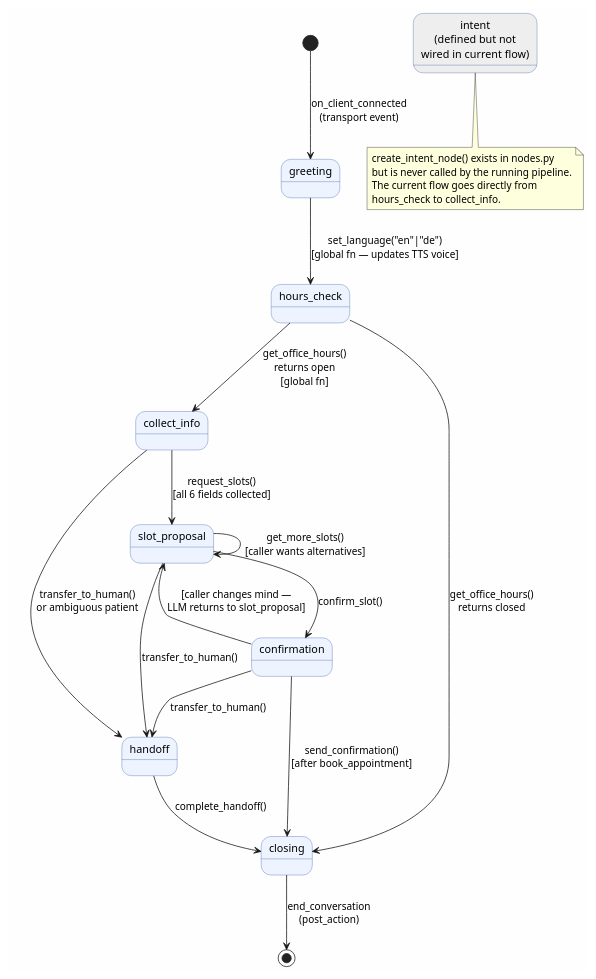
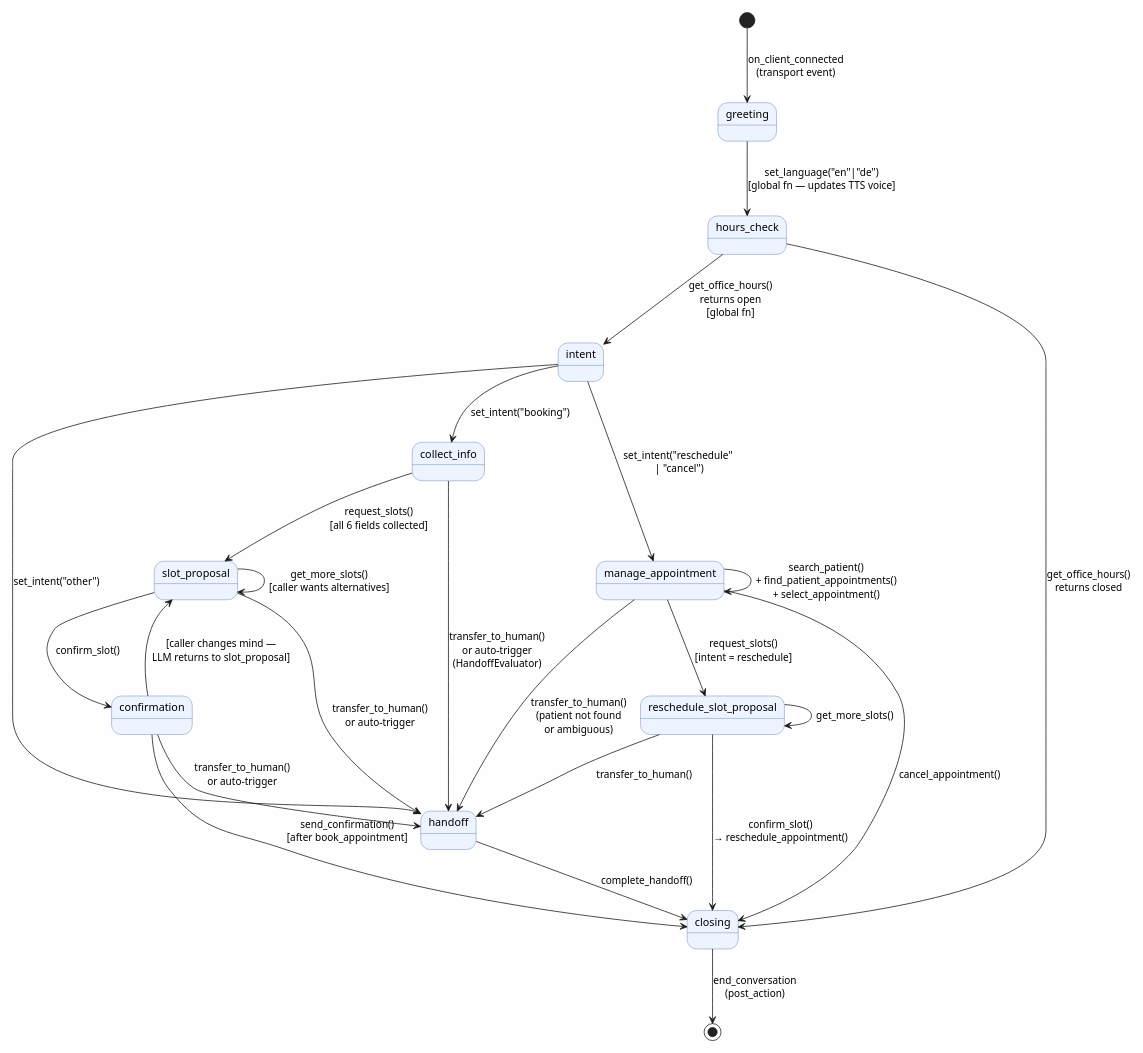
The third of 8 diagrams in docs/architecture.adoc (pweig/agent-receptionist), drawn with PlantUML before and after one commit. The commit also changed other lines of this file and 22 other files, not shown here.

```diff
--- a/docs/architecture.adoc
+++ b/docs/architecture.adoc
@@ -131,40 +133,44 @@
 [plantuml,state-machine,svg]
 ....
 @startuml
 skinparam backgroundColor #FEFEFE
 skinparam StateBackgroundColor #EEF4FF
 skinparam StateBorderColor #4466AA
 
 [*] --> greeting : on_client_connected\n(transport event)
 
 greeting --> hours_check : set_language("en"|"de")\n[global fn — updates TTS voice]
 
-hours_check --> collect_info : get_office_hours()\nreturns open\n[global fn]
+hours_check --> intent : get_office_hours()\nreturns open\n[global fn]
 hours_check --> closing : get_office_hours()\nreturns closed
 
+intent --> collect_info : set_intent("booking")
+intent --> manage_appointment : set_intent("reschedule"\n | "cancel")
+intent --> handoff : set_intent("other")
+
 collect_info --> slot_proposal : request_slots()\n[all 6 fields collected]
-collect_info --> handoff : transfer_to_human()\nor ambiguous patient
+collect_info --> handoff : transfer_to_human()\nor auto-trigger\n(HandoffEvaluator)
 
 slot_proposal --> slot_proposal : get_more_slots()\n[caller wants alternatives]
 slot_proposal --> confirmation : confirm_slot()
-slot_proposal --> handoff : transfer_to_human()
+slot_proposal --> handoff : transfer_to_human()\nor auto-trigger
 
 confirmation --> closing : send_confirmation()\n[after book_appointment]
 confirmation --> slot_proposal : [caller changes mind —\nLLM returns to slot_proposal]
-confirmation --> handoff : transfer_to_human()
+confirmation --> handoff : transfer_to_human()\nor auto-trigger
+
+manage_appointment --> manage_appointment : search_patient()\n+ find_patient_appointments()\n+ select_appointment()
+manage_appointment --> closing : cancel_appointment()
+manage_appointment --> reschedule_slot_proposal : request_slots()\n[intent = reschedule]
+manage_appointment --> handoff : transfer_to_human()\n(patient not found\nor ambiguous)
+
+reschedule_slot_proposal --> reschedule_slot_proposal : get_more_slots()
+reschedule_slot_proposal --> closing : confirm_slot()\n→ reschedule_appointment()
+reschedule_slot_proposal --> handoff : transfer_to_human()
 
 handoff --> closing : complete_handoff()
 
 closing --> [*] : end_conversation\n(post_action)
 
-state "intent\n(defined but not\nwired in current flow)" as intent #EEEEEE
-
-note bottom of intent
-  create_intent_node() exists in nodes.py
-  but is never called by the running pipeline.
-  The current flow goes directly from
-  hours_check to collect_info.
-end note
-
 @enduml
 ....
```
